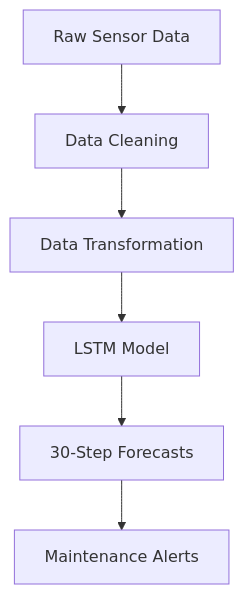
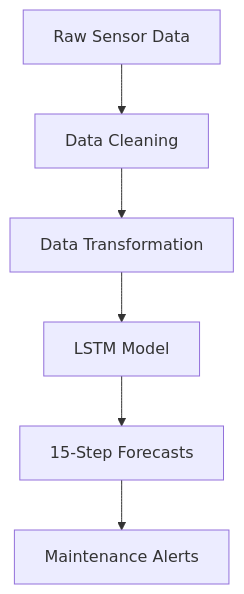
One commit to Yam-ghub/Water-Pressure-Forecasting-LSTM- changed the diagram in README.md. Above: the diagram before and after it, drawn with Mermaid. The commit also changed other lines of this file, not shown here.

````diff
--- a/README.md
+++ b/README.md
@@ -21,8 +28,8 @@
 ```mermaid
 graph TD
     A[Raw Sensor Data] --> B[Data Cleaning]
     B --> C[Data Transformation]
     C --> D[LSTM Model]
-    D --> E[30-Step Forecasts]
-    E --> F[Maintenance Alerts] 
+    D --> E[15-Step Forecasts]
+    E --> F[Maintenance Alerts]
 ```
````
